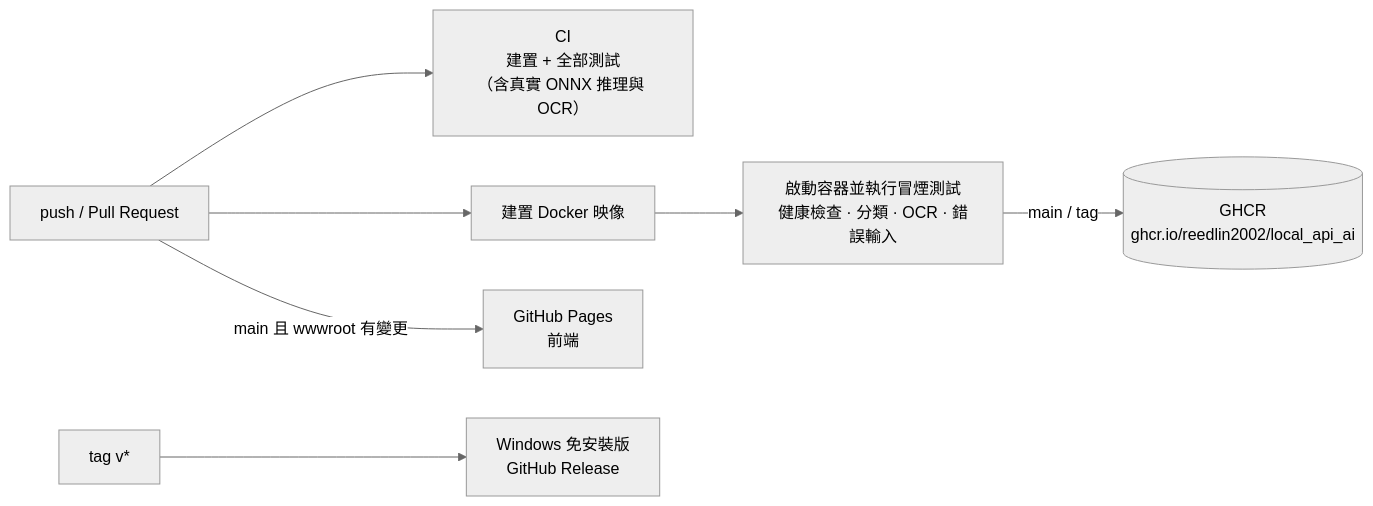
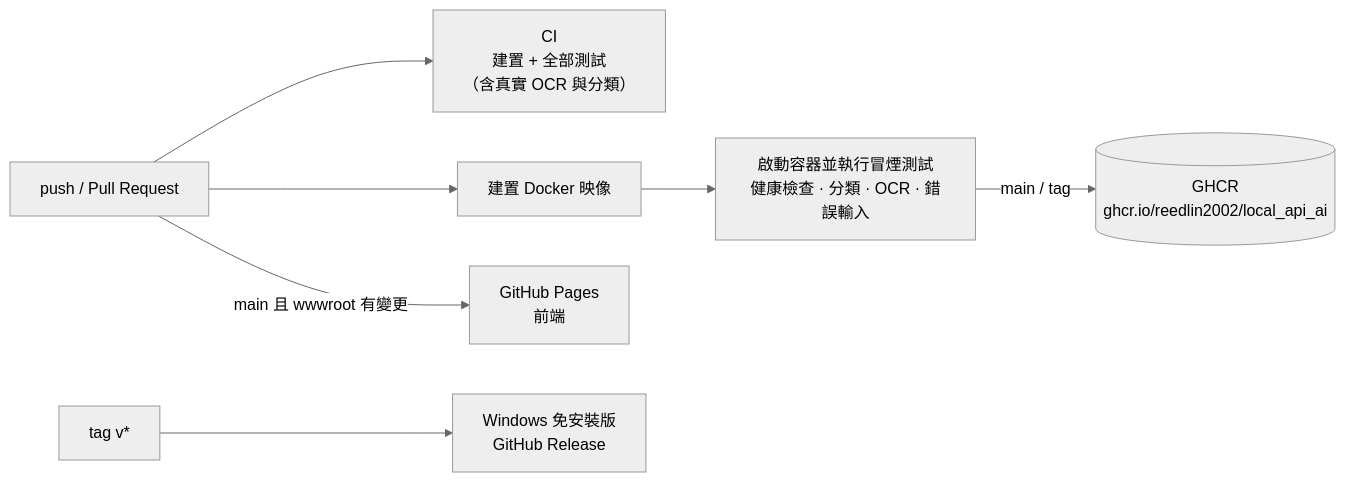
Before and after one commit to reedlin2002/Local_API_AI: the fourth of 4 diagrams in README.md, drawn with Mermaid (neutral theme). The commit also changed other lines of this file and 1 other file, not shown here.

````diff
--- a/README.md
+++ b/README.md
@@ -231,9 +254,9 @@
 ```mermaid
 flowchart LR
-    A["push / Pull Request"] --> B["CI<br/>建置 + 全部測試<br/>（含真實 ONNX 推理與 OCR）"]
+    A["push / Pull Request"] --> B["CI<br/>建置 + 全部測試<br/>（含真實 OCR 與分類）"]
     A --> C["建置 Docker 映像"]
     C --> D["啟動容器並執行冒煙測試<br/>健康檢查 · 分類 · OCR · 錯誤輸入"]
     D -->|main / tag| E[("GHCR<br/>ghcr.io/reedlin2002/local_api_ai")]
     A -->|"main 且 wwwroot 有變更"| F["GitHub Pages<br/>前端"]
     G["tag v*"] --> H["Windows 免安裝版<br/>GitHub Release"]
 ```
````
